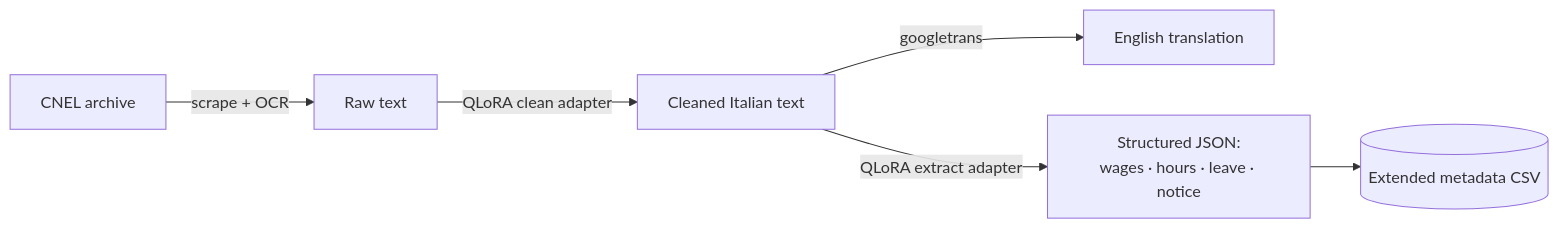
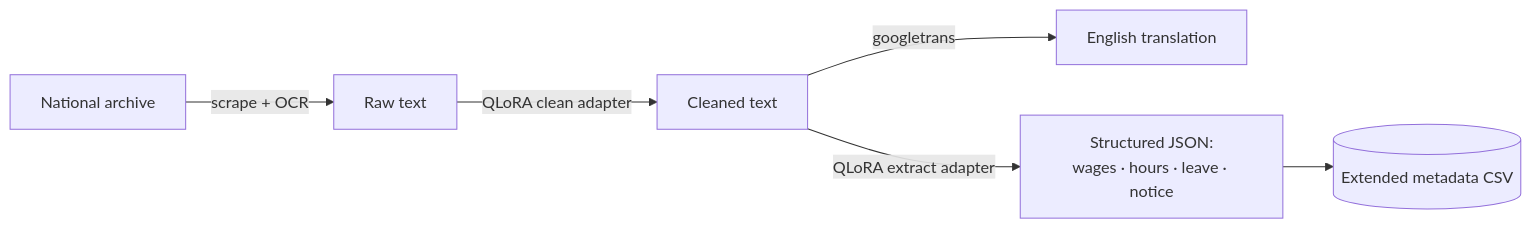
Before and after one commit to ls1881/Collective-Bargaining-Agreements-Web-Scraping: the diagram in README.md, drawn with Mermaid. The commit also changed other lines of this file and 34 other files, not shown here.

````diff
--- a/README.md
+++ b/README.md
@@ -13,8 +13,8 @@
 ```mermaid
 flowchart LR
-    A[CNEL archive] -->|scrape + OCR| B[Raw text]
-    B -->|QLoRA clean adapter| C[Cleaned Italian text]
+    A[National archive] -->|scrape + OCR| B[Raw text]
+    B -->|QLoRA clean adapter| C[Cleaned text]
     C -->|googletrans| D[English translation]
     C -->|QLoRA extract adapter| E[Structured JSON:<br/>wages · hours · leave · notice]
     E --> F[(Extended metadata CSV)]
 ```
````
